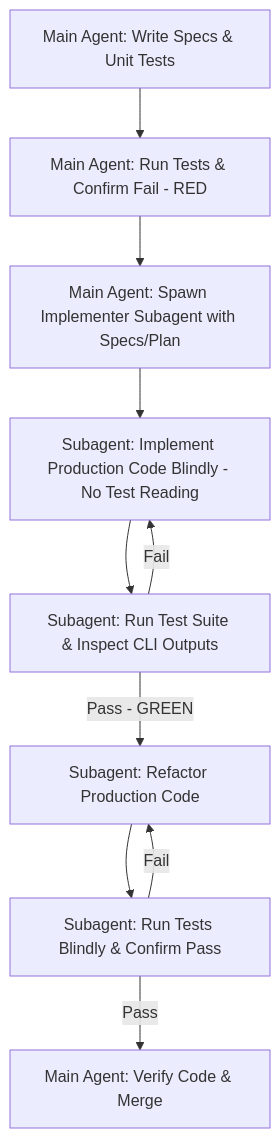
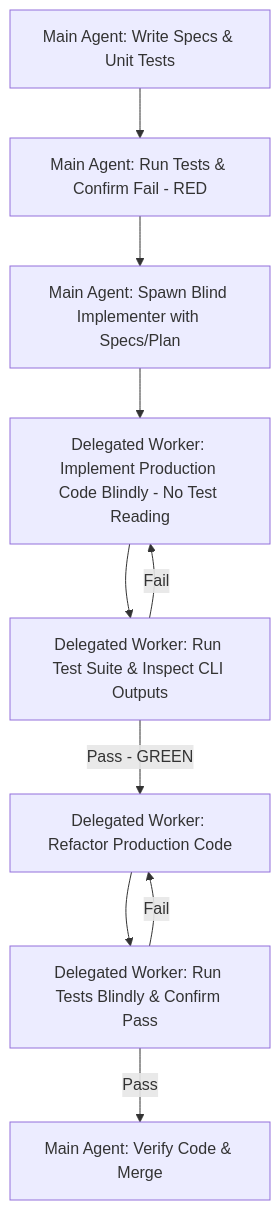
One commit to InNoobWeTrust/dotfiles changed the diagram in .agents/rules/tdd.md. Above: the diagram before and after it, drawn with Mermaid. The commit also changed other lines of this file and 23 other files, not shown here.

````diff
--- a/.agents/rules/tdd.md
+++ b/.agents/rules/tdd.md
@@ -41,12 +41,12 @@
 ```mermaid
 graph TD
     A[Main Agent: Write Specs & Unit Tests] --> B[Main Agent: Run Tests & Confirm Fail - RED]
-    B --> C[Main Agent: Spawn Implementer Subagent with Specs/Plan]
-    C --> D[Subagent: Implement Production Code Blindly - No Test Reading]
-    D --> E[Subagent: Run Test Suite & Inspect CLI Outputs]
+    B --> C[Main Agent: Spawn Blind Implementer with Specs/Plan]
+    C --> D[Delegated Worker: Implement Production Code Blindly - No Test Reading]
+    D --> E[Delegated Worker: Run Test Suite & Inspect CLI Outputs]
     E -->|Fail| D
-    E -->|Pass - GREEN| F[Subagent: Refactor Production Code]
-    F --> G[Subagent: Run Tests Blindly & Confirm Pass]
+    E -->|Pass - GREEN| F[Delegated Worker: Refactor Production Code]
+    F --> G[Delegated Worker: Run Tests Blindly & Confirm Pass]
     G -->|Pass| H[Main Agent: Verify Code & Merge]
     G -->|Fail| F
 ```
````
